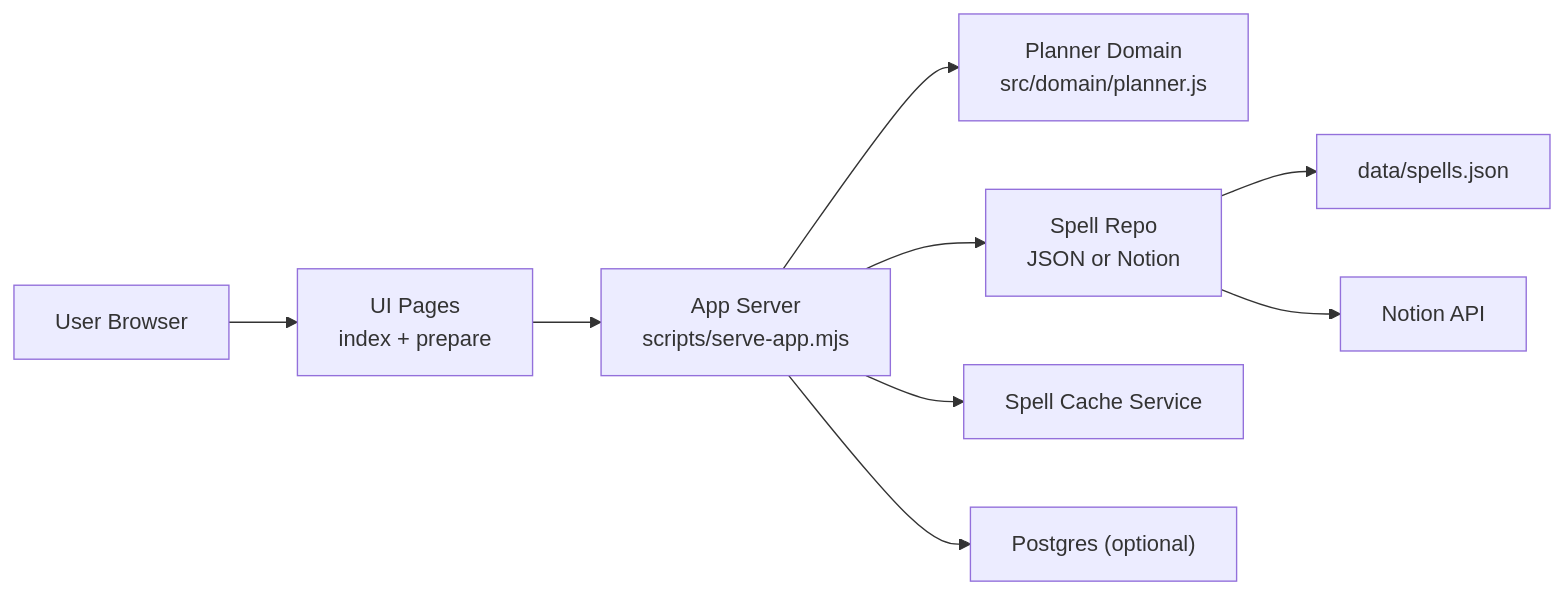
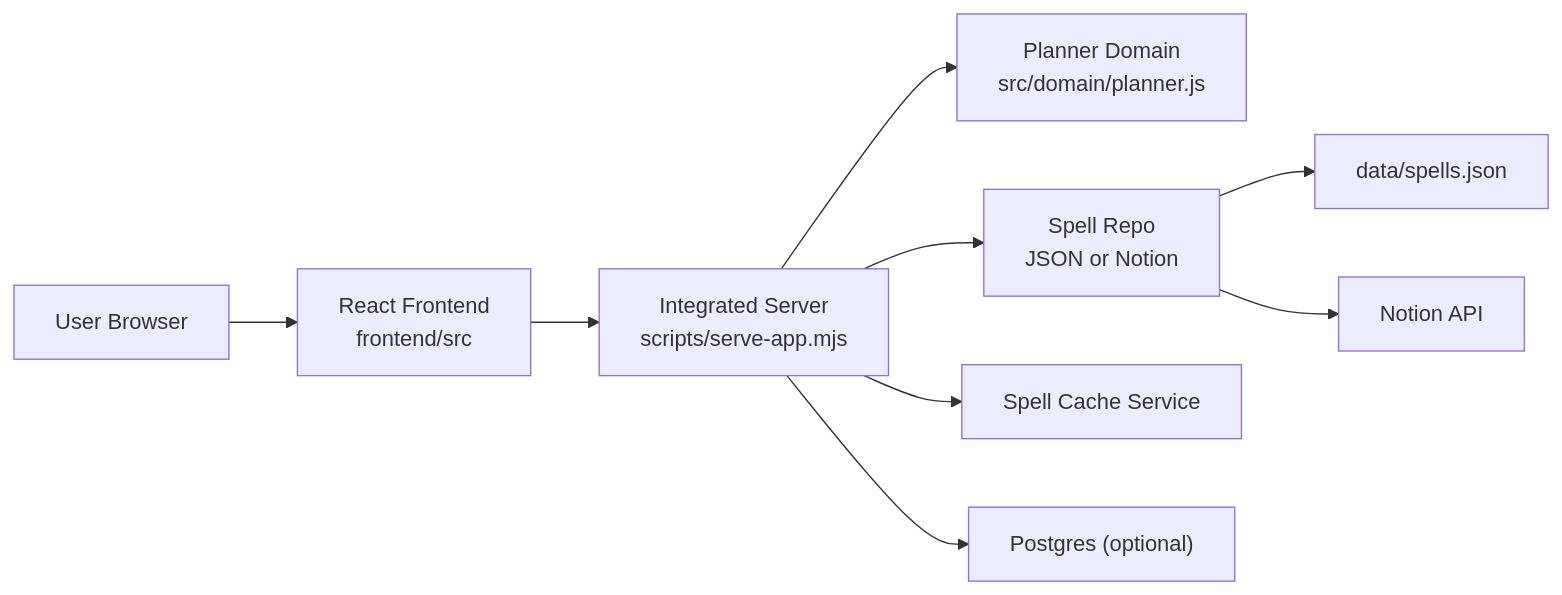
One commit to ABZerra/Spellbook changed the first of 3 diagrams in docs/engineering/DIAGRAMS.md. Above: the diagram before and after it, drawn with Mermaid. The commit also changed other lines of this file and 75 other files, not shown here.

````diff
--- a/docs/engineering/DIAGRAMS.md
+++ b/docs/engineering/DIAGRAMS.md
@@ -5,11 +5,11 @@
 ```mermaid
 flowchart LR
-  U["User Browser"] --> UI["UI Pages\nindex + prepare"]
-  UI --> API["App Server\nscripts/serve-app.mjs"]
+  U["User Browser"] --> FE["React Frontend\nfrontend/src"]
+  FE --> API["Integrated Server\nscripts/serve-app.mjs"]
   API --> DOMAIN["Planner Domain\nsrc/domain/planner.js"]
   API --> REPO["Spell Repo\nJSON or Notion"]
   API --> CACHE["Spell Cache Service"]
   API --> PG["Postgres (optional)"]
   REPO --> JSON["data/spells.json"]
   REPO --> NOTION["Notion API"]
 ```
````
